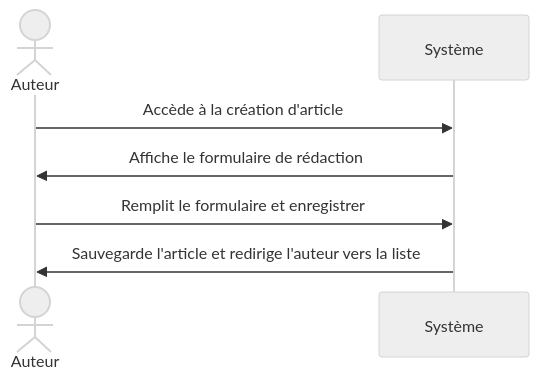
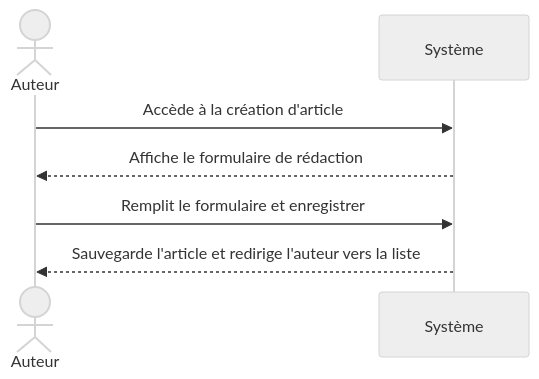
The diagram in Formaliser une fonctionnalité/Décrire_scénario_d’une_fonctionnalité/diagramme.mmd (ranya-amzghar/Mobile_Tutoriel), drawn with Mermaid (neutral theme) before and after one commit.

Commit message:
Corriger le diagramme

```diff
--- a/Formaliser une fonctionnalité/Décrire_scénario_d’une_fonctionnalité/diagramme.mmd
+++ b/Formaliser une fonctionnalité/Décrire_scénario_d’une_fonctionnalité/diagramme.mmd
@@ -1,6 +1,6 @@
 sequenceDiagram
     actor Auteur
     Auteur ->> Système: Accède à la création d'article
-    Système ->> Auteur: Affiche le formulaire de rédaction
+    Système -->> Auteur: Affiche le formulaire de rédaction
     Auteur ->> Système: Remplit le formulaire et enregistrer
-    Système ->> Auteur: Sauvegarde l'article et redirige l'auteur vers la liste
+    Système -->> Auteur: Sauvegarde l'article et redirige l'auteur vers la liste
```
